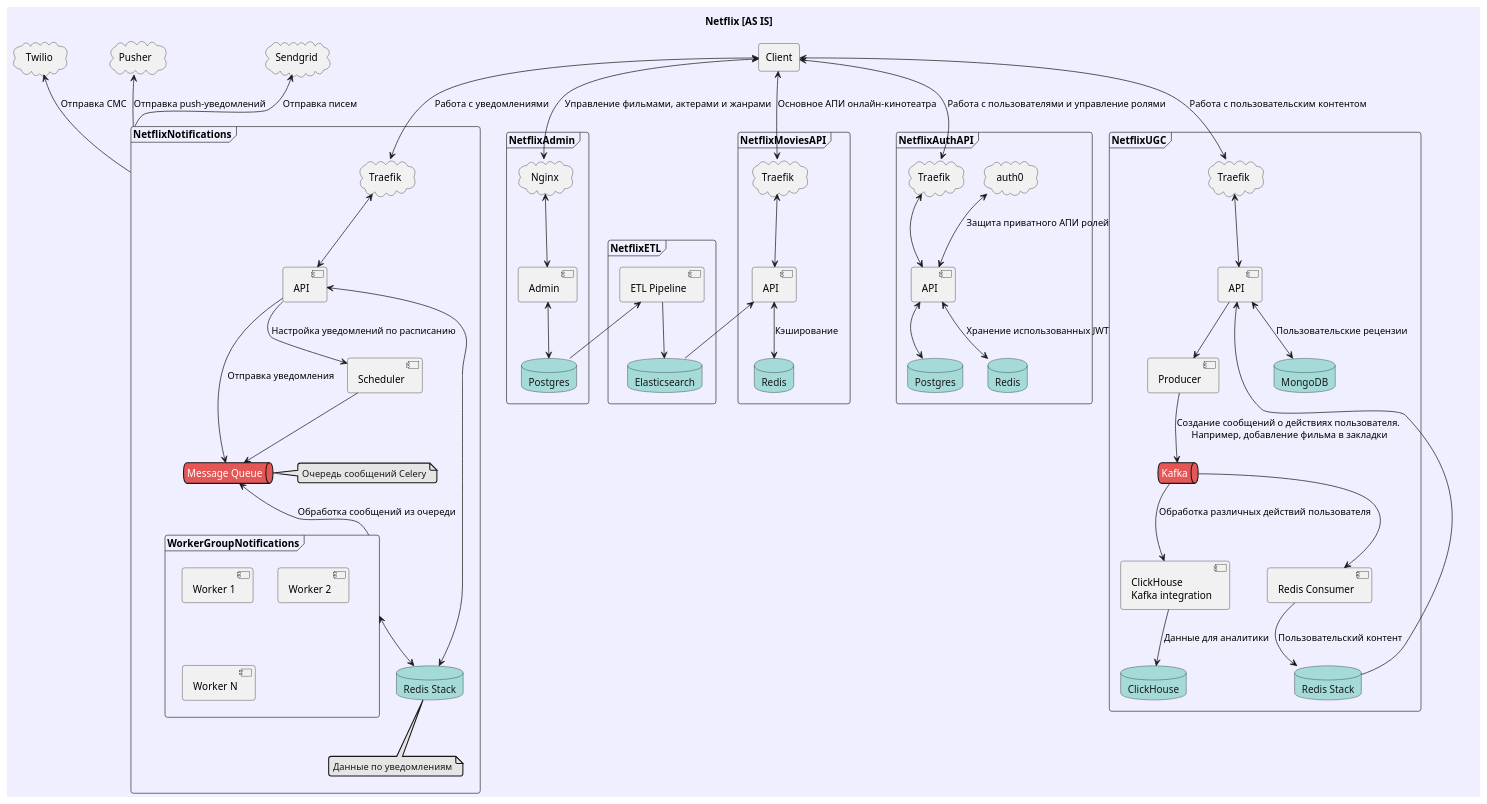
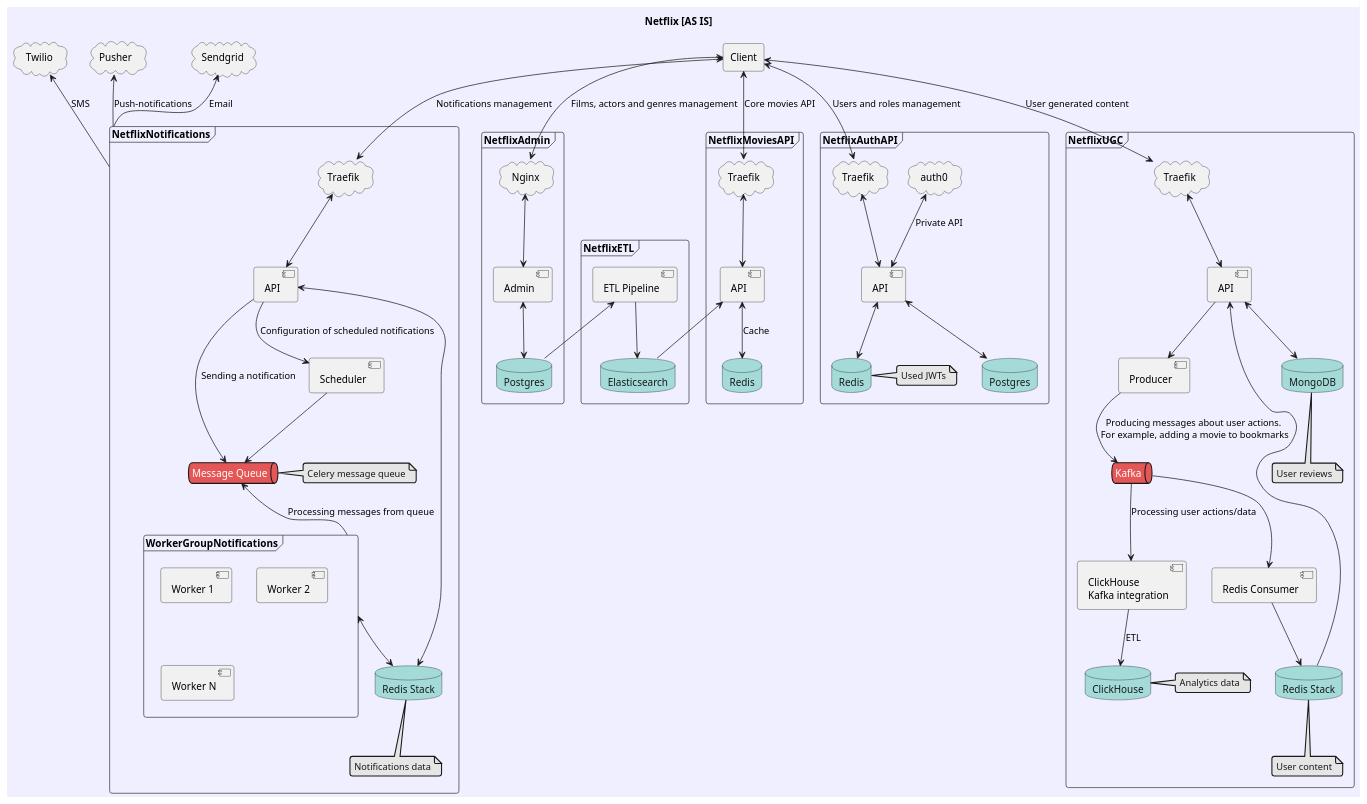
The diagram in docs/diagrams/as_is.puml (ReznikovRoman/netflix-voice-assistant), drawn with PlantUML before and after one commit. The commit also changed 7 other files, not shown here.

```diff
--- a/docs/diagrams/as_is.puml
+++ b/docs/diagrams/as_is.puml
@@ -1,114 +1,128 @@
 @startuml
 !theme mars
 skinparam componentStyle uml2
 skinparam defaultFontName Segoe UI
 skinparam backgroundColor motivation
 
 title Netflix [AS IS]
 
 agent "Client" as base_client
 cloud "Sendgrid" as sendgrid
 cloud "Pusher" as pusher
 cloud "Twilio" as twilio
 
 frame NetflixAdmin {
     cloud "Nginx" as nginx_admin
     component "Admin" as admin_admin
     database "Postgres" as postgres_admin
 
     nginx_admin <-down-> admin_admin
     admin_admin <-down-> postgres_admin
 }
 
 frame NetflixETL {
     database "Elasticsearch" as elasticsearch_etl
     component "ETL Pipeline" as etl_pipeline
 
     etl_pipeline <-down- postgres_admin
     etl_pipeline -down-> elasticsearch_etl
 }
 
 frame NetflixMoviesAPI {
     cloud "Traefik" as traefik_movies
     component "API" as api_movies
     database "Redis" as redis_movies
 
     api_movies <-up-> traefik_movies
     api_movies <-down- elasticsearch_etl
-    api_movies <-down-> redis_movies: "Кэширование"
+    api_movies <-down-> redis_movies: "Cache"
 }
 
 frame NetflixAuthAPI {
     cloud "Traefik" as traefik_auth
     cloud "auth0" as auth0_auth
     component "API" as api_auth
     database "Postgres" as postgres_auth
     database "Redis" as redis_auth
 
     api_auth <-up-> traefik_auth
-    api_auth <-up-> auth0_auth: "Защита приватного АПИ ролей"
+    api_auth <-up-> auth0_auth: "Private API"
     api_auth <-down-> postgres_auth
-    api_auth <-down-> redis_auth: "Хранение использованных JWT"
+    api_auth <-down-> redis_auth
+
+    note right of redis_auth
+    Used JWTs
+    end note
 }
 
 frame NetflixUGC {
     cloud "Traefik" as traefik_ugc
     component "API" as api_ugc
     component "ClickHouse \nKafka integration" as consumer_clickhouse
     component "Redis Consumer" as consumer_ugc_redis
     component "Producer" as producer_ugc
     queue "Kafka" as kafka_ugc
     database "Redis Stack" as redis_stack_ugc
     database "MongoDB" as mongo_ugc
     database "ClickHouse" as clickhouse_ugc
 
     api_ugc <-up-> traefik_ugc
     api_ugc <-down- redis_stack_ugc
-    api_ugc <-down-> mongo_ugc: "Пользовательские рецензии"
+    api_ugc <-down-> mongo_ugc
     api_ugc -down-> producer_ugc
-    producer_ugc -down-> kafka_ugc: "Создание сообщений о действиях пользователя. \nНапример, добавление фильма в закладки"
+    producer_ugc -down-> kafka_ugc: "Producing messages about user actions. \nFor example, adding a movie to bookmarks"
     kafka_ugc -down-> consumer_ugc_redis
-    consumer_ugc_redis -down-> redis_stack_ugc: "Пользовательский контент"
-    kafka_ugc -down-> consumer_clickhouse: "Обработка различных действий пользователя"
-    consumer_clickhouse -down-> clickhouse_ugc: "Данные для аналитики"
+    consumer_ugc_redis -down-> redis_stack_ugc
+    kafka_ugc -down-> consumer_clickhouse: "Processing user actions/data"
+    consumer_clickhouse -down-> clickhouse_ugc: "ETL"
+
+    note bottom of mongo_ugc
+    User reviews
+    end note
+    note bottom of redis_stack_ugc
+    User content
+    end note
+    note right of clickhouse_ugc
+    Analytics data
+    end note
 }
 
 frame NetflixNotifications {
     cloud "Traefik" as traefik_notifications
     component "API" as api_notifications
     queue "Message Queue" as queue_notifications
     component "Scheduler" as scheduler_notifications
     database "Redis Stack" as redis_stack_notifications
 
     frame WorkerGroupNotifications {
         component "Worker 1" as worker_1_notifications
         component "Worker 2" as worker_2_notifications
         component "Worker N" as worker_n_notifications
     }
 
     api_notifications <-up-> traefik_notifications
     api_notifications <-down-> redis_stack_notifications
-    api_notifications -down-> queue_notifications: "Отправка уведомления"
-    api_notifications -down-> scheduler_notifications: "Настройка уведомлений по расписанию"
-    queue_notifications <-down- WorkerGroupNotifications: "Обработка сообщений из очереди"
+    api_notifications -down-> queue_notifications: "Sending a notification"
+    api_notifications -down-> scheduler_notifications: "Configuration of scheduled notifications"
+    queue_notifications <-down- WorkerGroupNotifications: "Processing messages from queue"
     scheduler_notifications -down-> queue_notifications
     WorkerGroupNotifications <-down-> redis_stack_notifications
 
     note right of queue_notifications
-    Очередь сообщений Celery
+    Celery message queue
     end note
     note bottom of redis_stack_notifications
-    Данные по уведомлениям
+    Notifications data
     end note
 }
 
-NetflixNotifications -up-> sendgrid: "Отправка писем"
-NetflixNotifications -up-> pusher: "Отправка push-уведомлений"
-NetflixNotifications -up-> twilio: "Отправка СМС"
+NetflixNotifications -up-> sendgrid: "Email"
+NetflixNotifications -up-> pusher: "Push-notifications"
+NetflixNotifications -up-> twilio: "SMS"
 
-base_client <-down-> nginx_admin: "Управление фильмами, актерами и жанрами"
-base_client <-down-> traefik_movies: "Основное АПИ онлайн-кинотеатра"
-base_client <-down-> traefik_auth: "Работа с пользователями и управление ролями"
-base_client <-down-> traefik_ugc: "Работа с пользовательским контентом"
-base_client <-down-> traefik_notifications: "Работа с уведомлениями"
+base_client <-down-> nginx_admin: "Films, actors and genres management"
+base_client <-down-> traefik_movies: "Core movies API"
+base_client <-down-> traefik_auth: "Users and roles management"
+base_client <-down-> traefik_ugc: "User generated content"
+base_client <-down-> traefik_notifications: "Notifications management"
 @enduml
```
